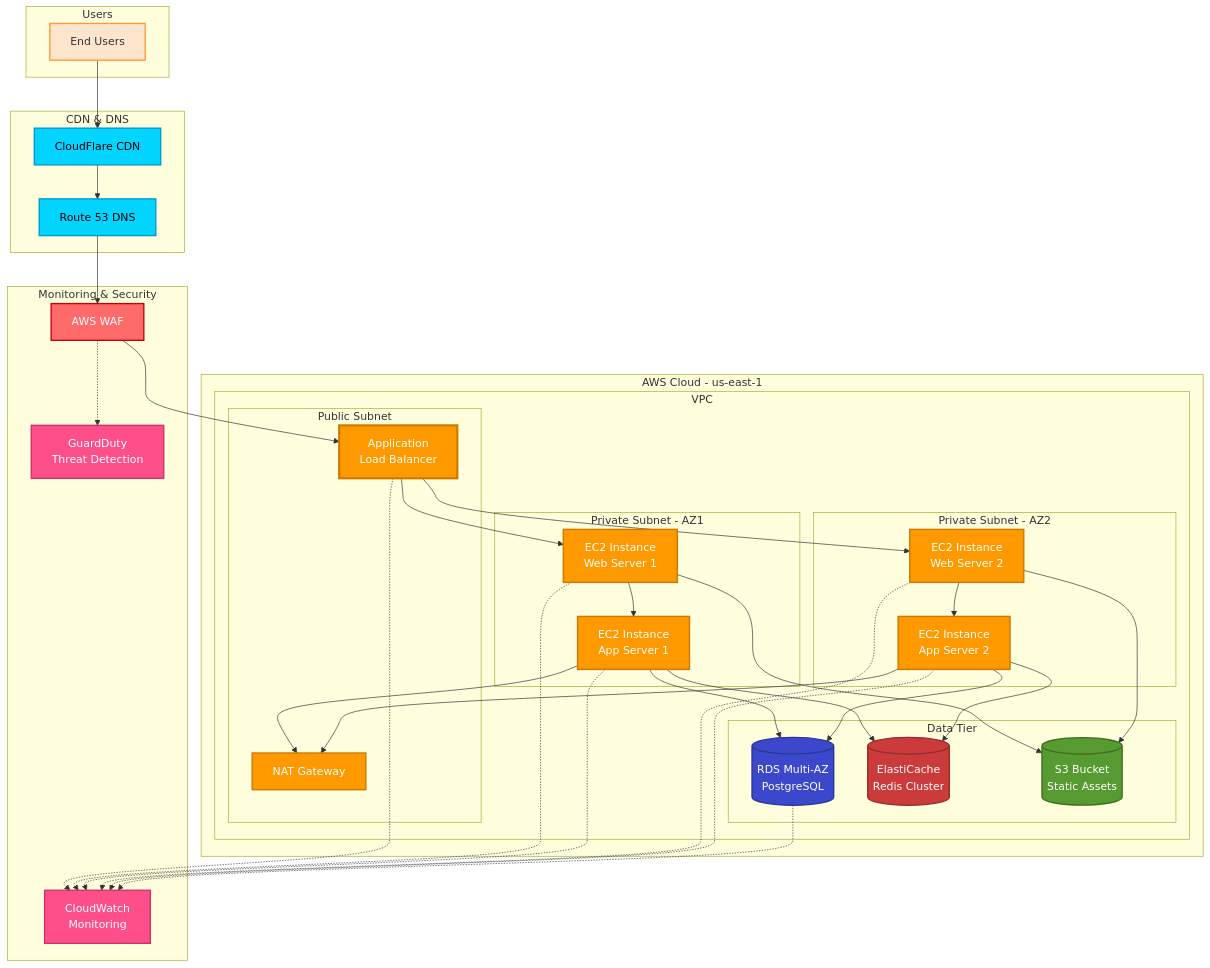
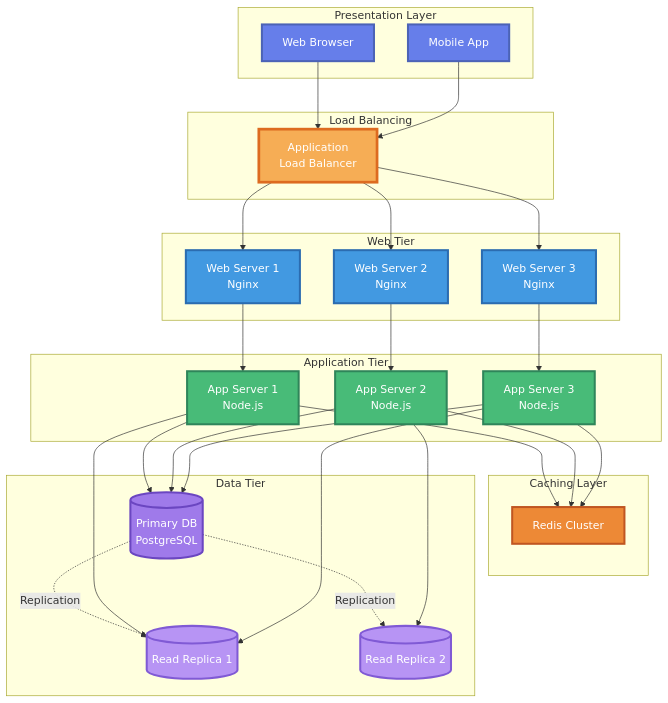
One commit to saugatapaul1010/RAG-Corrective changed the second of 17 diagrams in Sample_Drawings.md. Above: the diagram before and after it, drawn with Mermaid. The commit also changed other lines of this file, not shown here.

````diff
--- a/Sample_Drawings.md
+++ b/Sample_Drawings.md
@@ -83,90 +82,78 @@
 ```mermaid
 graph TB
-    subgraph "Users"
-        U1[End Users]
+    subgraph Client["Presentation Layer"]
+        Browser["Web Browser"]
+        MobileApp["Mobile App"]
     end
     
-    subgraph "CDN & DNS"
-        CDN[CloudFlare CDN]
-        DNS[Route 53 DNS]
+    subgraph LB["Load Balancing"]
+        LoadBalancer["Application<br/>Load Balancer"]
     end
     
-    subgraph "AWS Cloud - us-east-1"
-        subgraph "VPC"
-            subgraph "Public Subnet"
-                ALB[Application<br/>Load Balancer]
-                NAT[NAT Gateway]
-            end
-            
-            subgraph "Private Subnet - AZ1"
-                EC2_1[EC2 Instance<br/>Web Server 1]
-                EC2_2[EC2 Instance<br/>App Server 1]
-            end
-            
-            subgraph "Private Subnet - AZ2"
-                EC2_3[EC2 Instance<br/>Web Server 2]
-                EC2_4[EC2 Instance<br/>App Server 2]
-            end
-            
-            subgraph "Data Tier"
-                RDS[(RDS Multi-AZ<br/>PostgreSQL)]
-                ElastiCache[(ElastiCache<br/>Redis Cluster)]
-                S3[(S3 Bucket<br/>Static Assets)]
-            end
-        end
+    subgraph WebTier["Web Tier"]
+        Web1["Web Server 1<br/>Nginx"]
+        Web2["Web Server 2<br/>Nginx"]
+        Web3["Web Server 3<br/>Nginx"]
     end
     
-    subgraph "Monitoring & Security"
-        CloudWatch[CloudWatch<br/>Monitoring]
-        GuardDuty[GuardDuty<br/>Threat Detection]
-        WAF[AWS WAF]
+    subgraph AppTier["Application Tier"]
+        App1["App Server 1<br/>Node.js"]
+        App2["App Server 2<br/>Node.js"]
+        App3["App Server 3<br/>Node.js"]
     end
     
-    U1 --> CDN
-    CDN --> DNS
-    DNS --> WAF
-    WAF --> ALB
+    subgraph Cache["Caching Layer"]
+        Redis["Redis Cluster"]
+    end
     
-    ALB --> EC2_1
-    ALB --> EC2_3
+    subgraph DataTier["Data Tier"]
+        Primary[("Primary DB<br/>PostgreSQL")]
+        Replica1[("Read Replica 1")]
+        Replica2[("Read Replica 2")]
+    end
     
-    EC2_1 --> EC2_2
-    EC2_3 --> EC2_4
+    Browser --> LoadBalancer
+    MobileApp --> LoadBalancer
     
-    EC2_2 --> RDS
-    EC2_4 --> RDS
+    LoadBalancer --> Web1
+    LoadBalancer --> Web2
+    LoadBalancer --> Web3
     
-    EC2_2 --> ElastiCache
-    EC2_4 --> ElastiCache
+    Web1 --> App1
+    Web2 --> App2
+    Web3 --> App3
     
-    EC2_1 --> S3
-    EC2_3 --> S3
+    App1 --> Redis
+    App2 --> Redis
+    App3 --> Redis
     
-    EC2_2 --> NAT
-    EC2_4 --> NAT
+    App1 --> Primary
+    App2 --> Primary
+    App3 --> Primary
     
-    ALB -.-> CloudWatch
-    EC2_1 -.-> CloudWatch
-    EC2_2 -.-> CloudWatch
-    EC2_3 -.-> CloudWatch
-    EC2_4 -.-> CloudWatch
-    RDS -.-> CloudWatch
+    Primary -.->|Replication| Replica1
+    Primary -.->|Replication| Replica2
     
-    WAF -.-> GuardDuty
+    App1 --> Replica1
+    App2 --> Replica2
+    App3 --> Replica1
     
-    style U1 fill:#FFE5CC,stroke:#FF9933,stroke-width:2px
-    style CDN fill:#00D4FF,stroke:#0099CC,stroke-width:2px,color:#000
-    style DNS fill:#00D4FF,stroke:#0099CC,stroke-width:2px,color:#000
-    style WAF fill:#FF6B6B,stroke:#CC0000,stroke-width:2px,color:#fff
-    style ALB fill:#FF9900,stroke:#CC7700,stroke-width:3px,color:#fff
-    style NAT fill:#FF9900,stroke:#CC7700,stroke-width:2px,color:#fff
-    style EC2_1 fill:#FF9900,stroke:#CC7700,stroke-width:2px,color:#fff
-    style EC2_2 fill:#FF9900,stroke:#CC7700,stroke-width:2px,color:#fff
-    style EC2_3 fill:#FF9900,stroke:#CC7700,stroke-width:2px,color:#fff
-    style EC2_4 fill:#FF9900,stroke:#CC7700,stroke-width:2px,color:#fff
-    style RDS fill:#3B48CC,stroke:#2A3699,stroke-width:2px,color:#fff
-    style ElastiCache fill:#CC3B3B,stroke:#992A2A,stroke-width:2px,color:#fff
-    style S3 fill:#569A31,stroke:#3D6E22,stroke-width:2px,color:#fff
-    style CloudWatch fill:#FF4F8B,stroke:#CC3366,stroke-width:2px,color:#fff
-    style GuardDuty fill:#FF4F8B,stroke:#CC3366,stroke-width:2px,color:#fff
+    style Browser fill:#667EEA,stroke:#4C63B6,stroke-width:3px,color:#fff
+    style MobileApp fill:#667EEA,stroke:#4C63B6,stroke-width:3px,color:#fff
+    
+    style LoadBalancer fill:#F6AD55,stroke:#DD6B20,stroke-width:4px,color:#fff
+    
+    style Web1 fill:#4299E1,stroke:#2B6CB0,stroke-width:3px,color:#fff
+    style Web2 fill:#4299E1,stroke:#2B6CB0,stroke-width:3px,color:#fff
+    style Web3 fill:#4299E1,stroke:#2B6CB0,stroke-width:3px,color:#fff
+    
+    style App1 fill:#48BB78,stroke:#2F855A,stroke-width:3px,color:#fff
+    style App2 fill:#48BB78,stroke:#2F855A,stroke-width:3px,color:#fff
+    style App3 fill:#48BB78,stroke:#2F855A,stroke-width:3px,color:#fff
+    
+    style Redis fill:#ED8936,stroke:#C05621,stroke-width:3px,color:#fff
+    
+    style Primary fill:#9F7AEA,stroke:#6B46C1,stroke-width:3px,color:#fff
+    style Replica1 fill:#B794F4,stroke:#805AD5,stroke-width:3px,color:#fff
+    style Replica2 fill:#B794F4,stroke:#805AD5,stroke-width:3px,color:#fff
 ```
````
